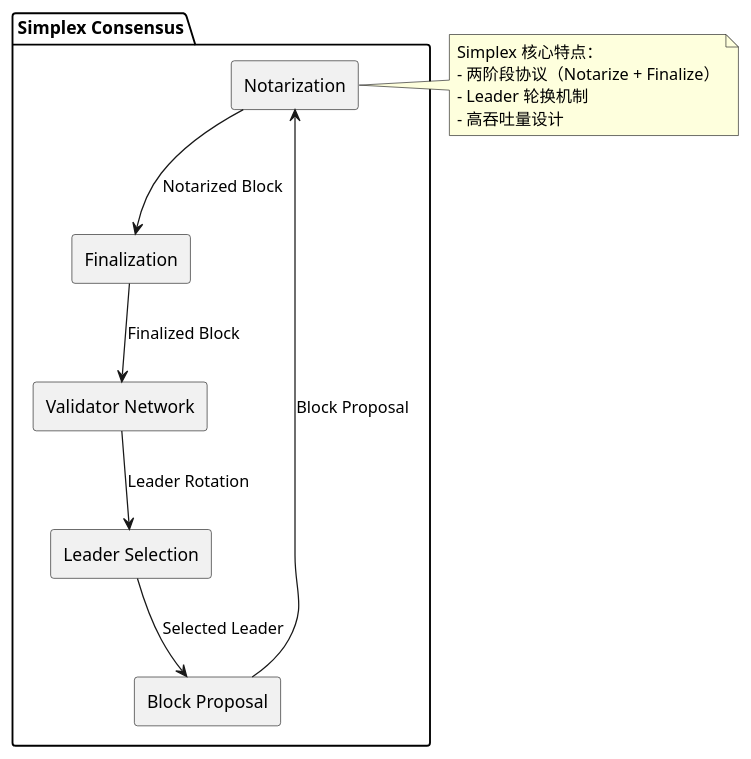
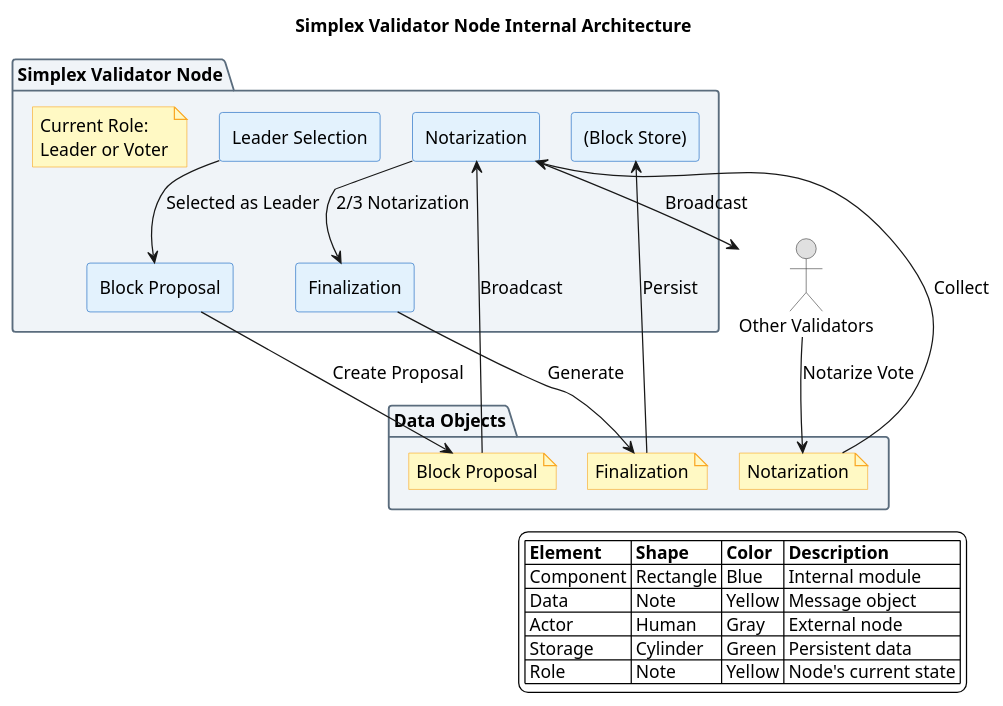
The diagram in knowledge/analysis/primitives/consensus/consensus-simplex/artifact.md (iampkuhz/openspec-research-blockchain), drawn with PlantUML before and after one commit. The commit also changed other lines of this file and 109 other files, not shown here.

````diff
--- a/knowledge/analysis/primitives/consensus/consensus-simplex/artifact.md
+++ b/knowledge/analysis/primitives/consensus/consensus-simplex/artifact.md
@@ -21,27 +31,80 @@
 ```plantuml
 @startuml
 skinparam componentStyle rectangle
+skinparam defaultFontName "Helvetica"
+skinparam defaultFontSize 14
+skinparam backgroundColor #FFFFFF
 
-package "Simplex Consensus" {
-  [Validator Network] as VN
-  [Leader Selection] as LS
-  [Block Proposal] as BP
-  [Notarization] as NT
-  [Finalization] as FN
+' 纵向布局
+top to bottom direction
+skinparam nodesep 25
+skinparam ranksep 35
+
+' 配色方案
+skinparam package {
+    BackgroundColor #F0F4F8
+    BorderColor #5A6C7D
 }
 
-[VN] --> [LS] : Leader Rotation
-[LS] --> [BP] : Selected Leader
-[BP] --> [NT] : Block Proposal
-[NT] --> [FN] : Notarized Block
-[FN] --> [VN] : Finalized Block
+skinparam component {
+    BackgroundColor #E3F2FD
+    BorderColor #1565C0
+}
 
-note right of NT
-  Simplex 核心特点：
-  - 两阶段协议（Notarize + Finalize）
-  - Leader 轮换机制
-  - 高吞吐量设计
-end note
+skinparam database {
+    BackgroundColor #C8E6C9
+    BorderColor #2E7D32
+}
+
+skinparam actor {
+    BackgroundColor #E0E0E0
+    BorderColor #424242
+}
+
+skinparam note {
+    BackgroundColor #FFF9C4
+    BorderColor #F9A825
+}
+
+title Simplex Validator Node Internal Architecture
+
+package "Simplex Validator Node" {
+    component [Leader Selection] as LS
+    component [Block Proposal] as BP
+    component [Notarization] as NT
+    component [Finalization] as FN
+    database [(Block Store)] as BS
+
+    note "Current Role:\nLeader or Voter" as Role
+}
+
+package "Data Objects" {
+    note "Block Proposal" as N_BP
+    note "Notarization" as N_N
+    note "Finalization" as N_F
+}
+
+actor "Other Validators" as OtherVals
+
+' 数据流
+OtherVals --> N_N : Notarize Vote
+N_N --> NT : Collect
+LS --> BP : Selected as Leader
+BP --> N_BP : Create Proposal
+N_BP --> NT : Broadcast
+NT --> FN : 2/3 Notarization
+FN --> N_F : Generate
+N_F --> BS : Persist
+NT --> OtherVals : Broadcast
+
+legend right
+  |= Element |= Shape |= Color |= Description |
+  | Component | Rectangle | Blue | Internal module |
+  | Data | Note | Yellow | Message object |
+  | Actor | Human | Gray | External node |
+  | Storage | Cylinder | Green | Persistent data |
+  | Role | Note | Yellow | Node's current state |
+endlegend
 
 @enduml
 ```
````
